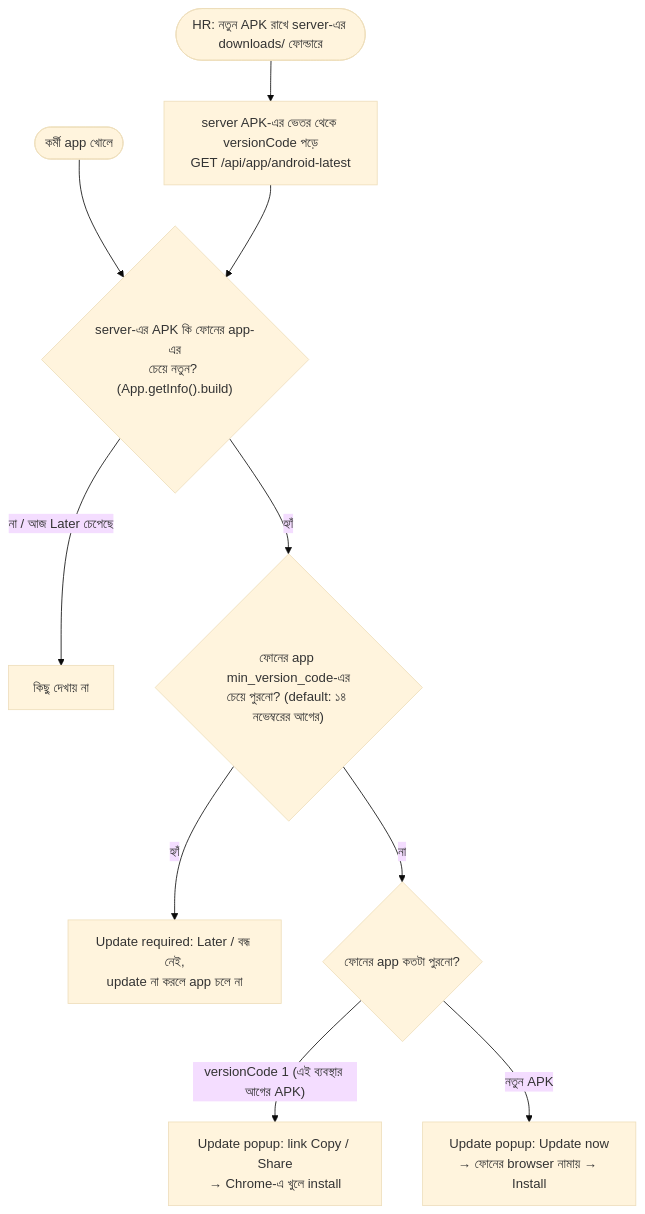
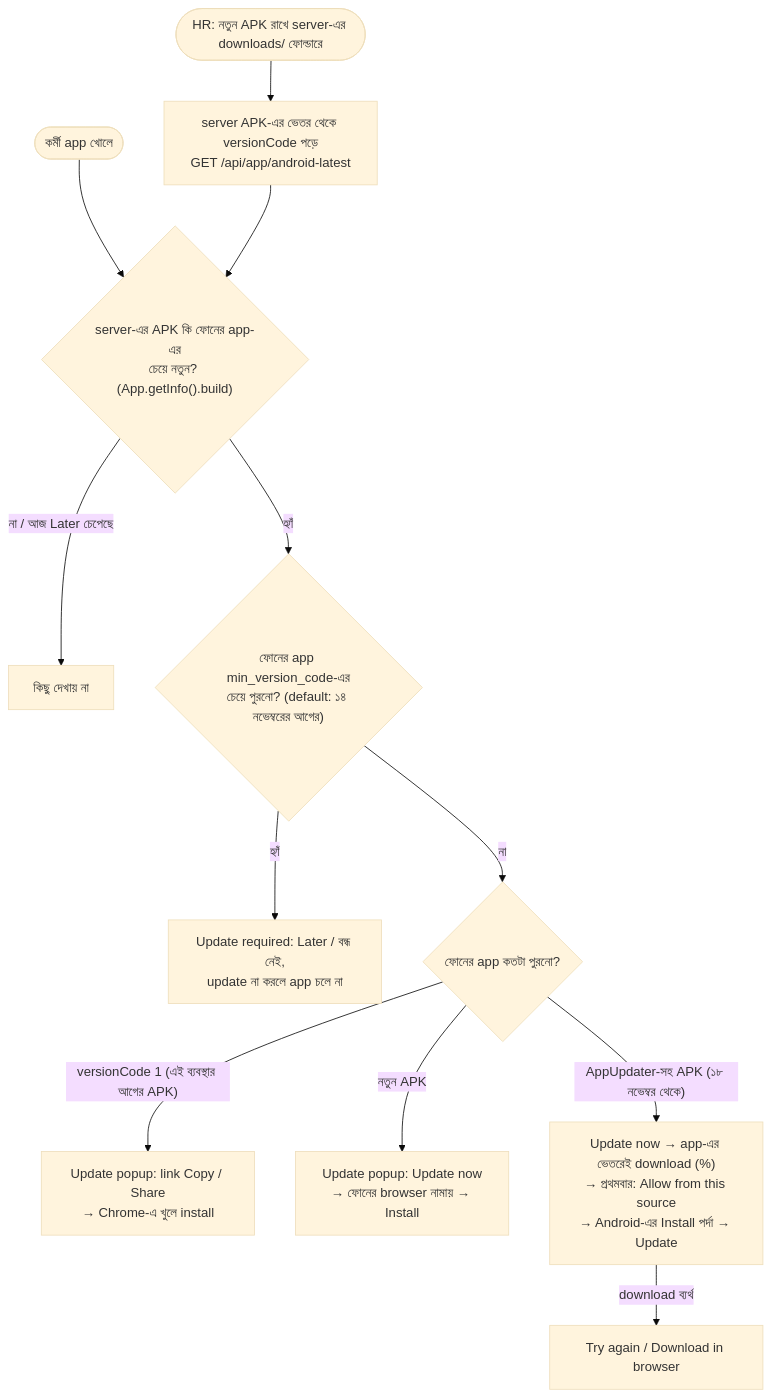
One commit to ruhulamencredence/CredenceHR changed diagram 14 of 14 in docs/architecture/02-application-workflow.md. Above: the diagram before and after it, drawn with Mermaid (base theme). The commit also changed other lines of this file and 9 other files, not shown here.

First line of the commit message:
Android app updates itself: Update now downloads the new APK inside the app (progress, Cancel), asks once for Allow from this source, opens Android's install screen; Try again / Download in browser if it fails; 'CredenceHR updated to …' after; older APKs keep the browser way

````diff
--- a/docs/architecture/02-application-workflow.md
+++ b/docs/architecture/02-application-workflow.md
@@ -648,12 +648,14 @@
 ```mermaid
 flowchart TD
   A([HR: নতুন APK রাখে server-এর downloads/ ফোল্ডারে]) --> V["server APK-এর ভেতর থেকে versionCode পড়ে<br/>GET /api/app/android-latest"]
   O([কর্মী app খোলে]) --> C{"server-এর APK কি ফোনের app-এর<br/>চেয়ে নতুন? (App.getInfo().build)"}
   V --> C
   C -- না / আজ Later চেপেছে --> N["কিছু দেখায় না"]
   C -- হ্যাঁ --> R{"ফোনের app min_version_code-এর<br/>চেয়ে পুরনো? (default: ১৪ নভেম্বরের আগের)"}
   R -- হ্যাঁ --> Q["Update required: Later / বন্ধ নেই,<br/>update না করলে app চলে না"]
   R -- না --> P{"ফোনের app কতটা পুরনো?"}
   P -- versionCode 1 (এই ব্যবস্থার আগের APK) --> L["Update popup: link Copy / Share<br/>→ Chrome-এ খুলে install"]
   P -- নতুন APK --> U["Update popup: Update now<br/>→ ফোনের browser নামায় → Install"]
+  P -- AppUpdater-সহ APK (১৮ নভেম্বর থেকে) --> I["Update now → app-এর ভেতরেই download (%)<br/>→ প্রথমবার: Allow from this source<br/>→ Android-এর Install পর্দা → Update"]
+  I -- download ব্যর্থ --> F["Try again / Download in browser"]
 ```
````
